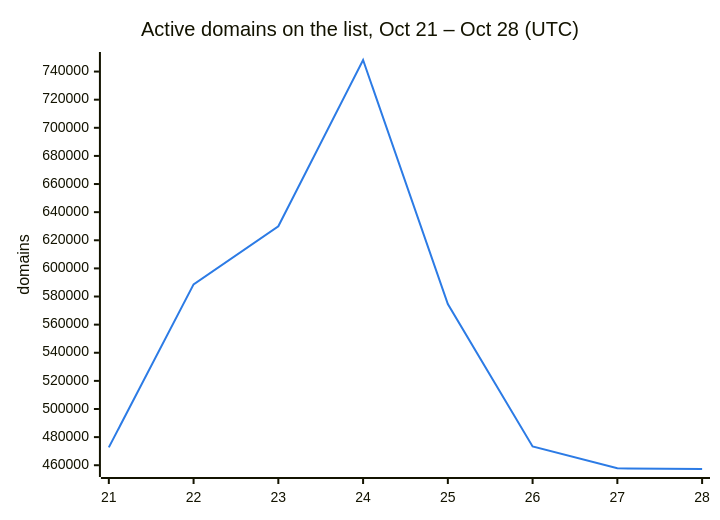
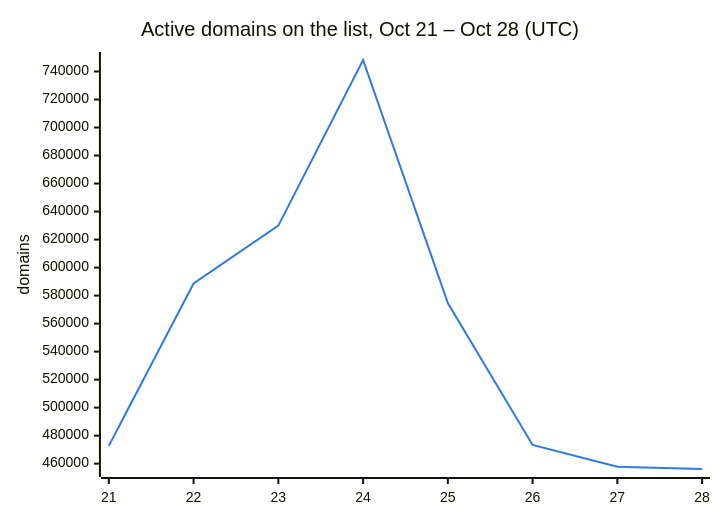
One commit to DNSBunker/CTI changed the second of 3 diagrams in README.md. Above: the diagram before and after it, drawn with Mermaid. The commit also changed other lines of this file and 3 other files, not shown here.

````diff
--- a/README.md
+++ b/README.md
@@ -38,8 +38,8 @@
 ```mermaid
 %%{init: {"themeVariables": {"xyChart": {"plotColorPalette": "#2c7be5"}}}}%%
 xychart-beta
     title "Active domains on the list, Oct 21 – Oct 28 (UTC)"
     x-axis ["21", "22", "23", "24", "25", "26", "27", "28"]
     y-axis "domains"
-    line [472713, 588659, 629951, 748222, 574614, 473331, 457795, 457321]
+    line [472713, 588659, 629951, 748222, 574614, 473331, 457795, 456181]
 ```
````
